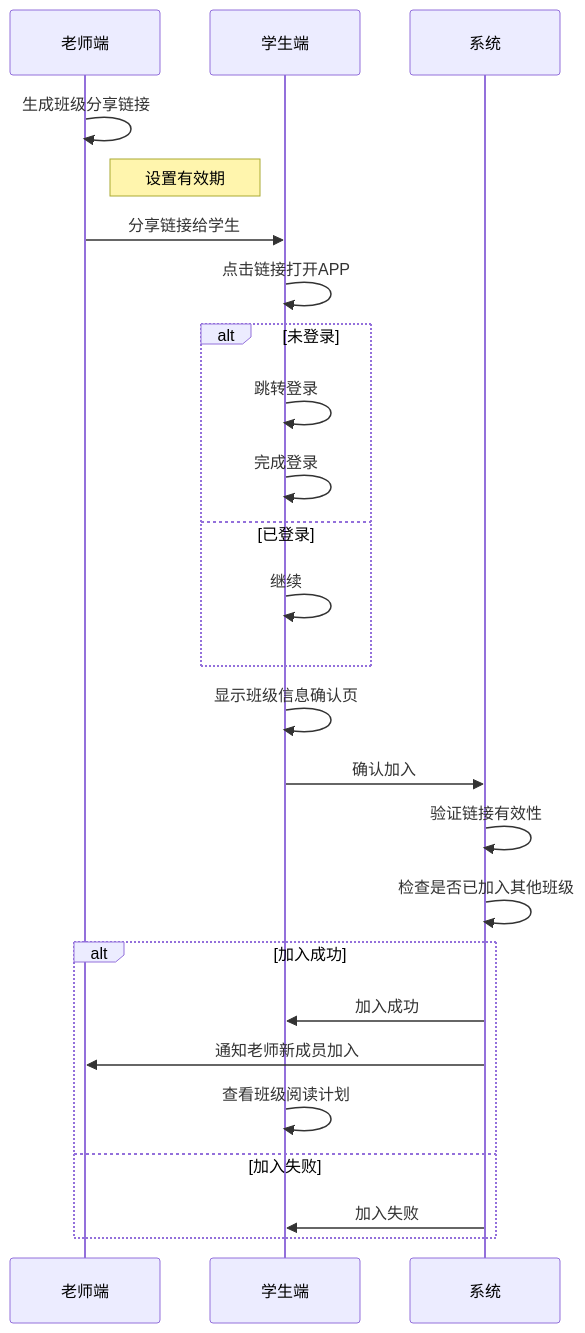
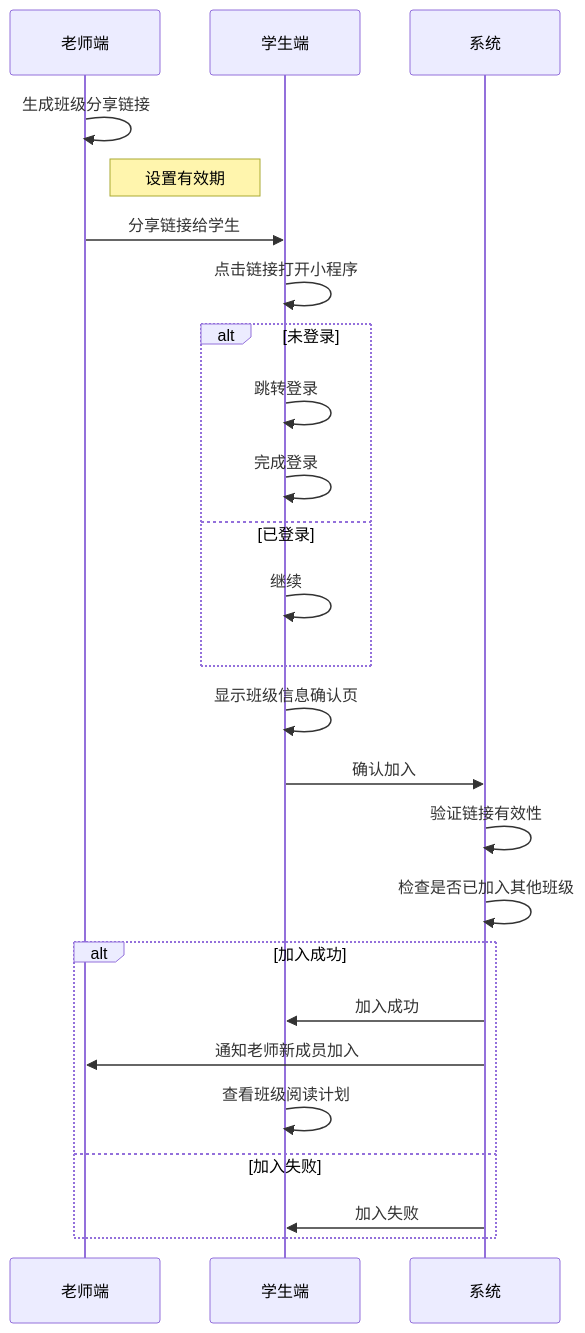
The ninth of 18 diagrams in 2-AI伴读V1.0/PRD文档/校校读吧学生端PRD_V1.0.md (22816523/math-kids), drawn with Mermaid before and after one commit. The commit also changed other lines of this file and 9 other files, not shown here.

````diff
--- a/2-AI伴读V1.0/PRD文档/校校读吧学生端PRD_V1.0.md
+++ b/2-AI伴读V1.0/PRD文档/校校读吧学生端PRD_V1.0.md
@@ -654,33 +655,33 @@
 ```mermaid
 sequenceDiagram
     participant Teacher as 老师端
     participant Student as 学生端
     participant System as 系统
 
     Teacher->>Teacher: 生成班级分享链接
     Note right of Teacher: 设置有效期
     Teacher->>Student: 分享链接给学生
 
-    Student->>Student: 点击链接打开APP
+    Student->>Student: 点击链接打开小程序
 
     alt 未登录
         Student->>Student: 跳转登录
         Student->>Student: 完成登录
     else 已登录
         Student->>Student: 继续
     end
 
     Student->>Student: 显示班级信息确认页
     Student->>System: 确认加入
 
     System->>System: 验证链接有效性
     System->>System: 检查是否已加入其他班级
 
     alt 加入成功
         System->>Student: 加入成功
         System->>Teacher: 通知老师新成员加入
         Student->>Student: 查看班级阅读计划
     else 加入失败
         System->>Student: 加入失败
     end
 ```
````
